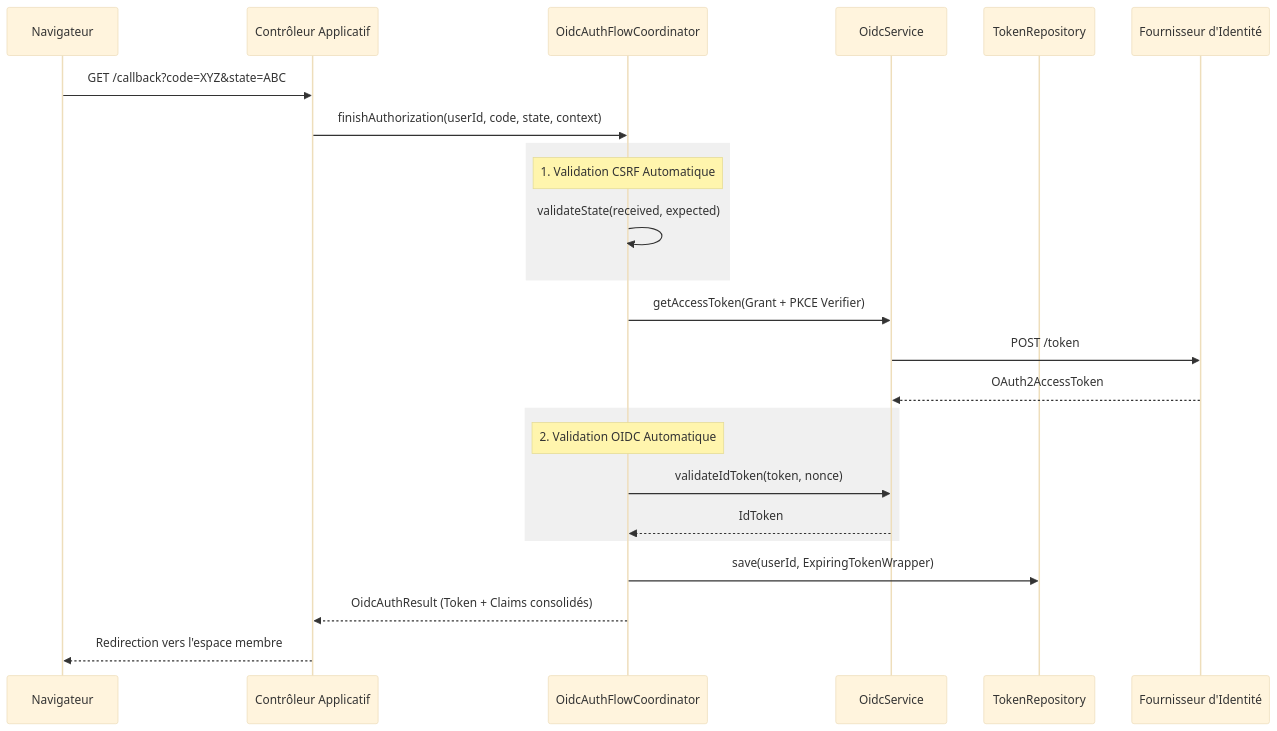
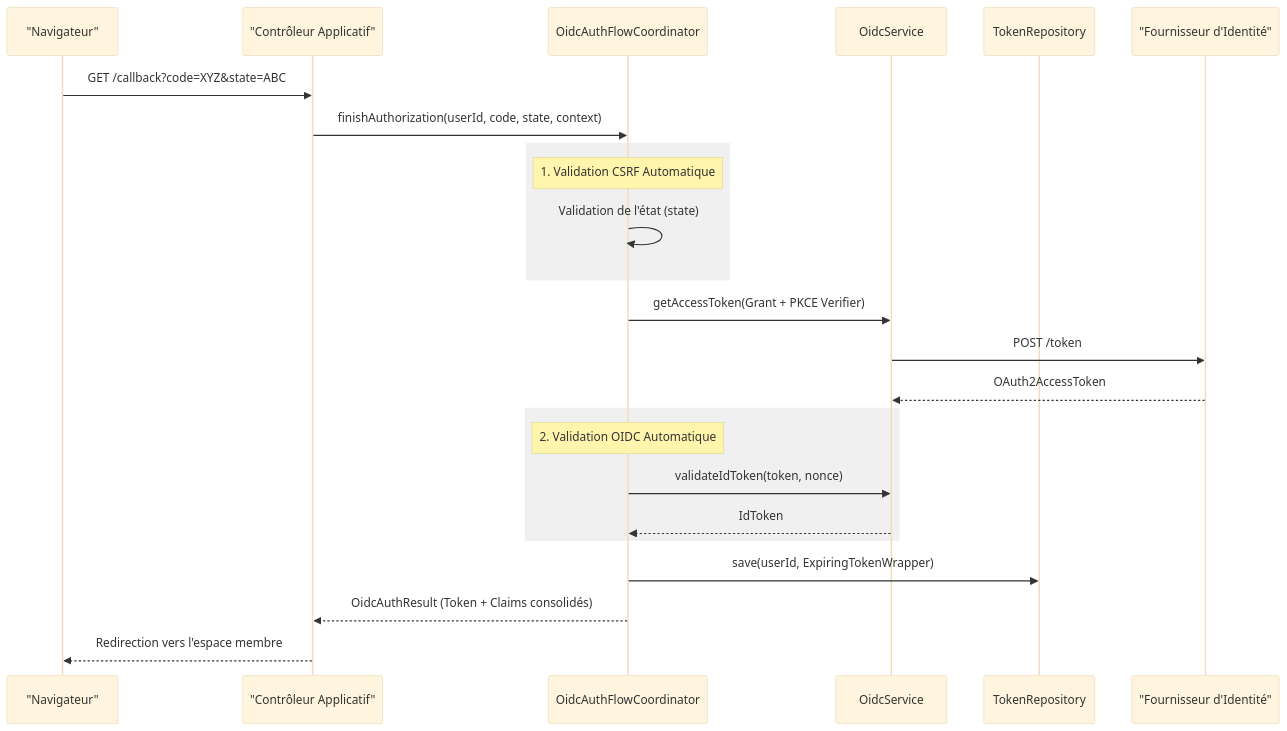
Before and after one commit to Q300Z/scribejava: the fourth of 21 diagrams in docs/explanations/oauth2-flows.md, drawn with Mermaid (base theme). The commit also changed other lines of this file, not shown here.

Commit message:
docs(oidc): fix mermaid syntax and align architectural flows with codebase

````diff
--- a/docs/explanations/oauth2-flows.md
+++ b/docs/explanations/oauth2-flows.md
@@ -196,33 +196,33 @@
 ```mermaid
 
 sequenceDiagram
-    participant Browser as Navigateur
-    participant App as Contrôleur Applicatif
+    participant Browser as "Navigateur"
+    participant App as "Contrôleur Applicatif"
     participant Coord as OidcAuthFlowCoordinator
     participant Service as OidcService
     participant Repo as TokenRepository
-    participant IdP as Fournisseur d'Identité
+    participant IdP as "Fournisseur d'Identité"
 
     Browser->>App: GET /callback?code=XYZ&state=ABC
     App->>Coord: finishAuthorization(userId, code, state, context)
 
     rect rgb(240, 240, 240)
     Note over Coord: 1. Validation CSRF Automatique
-    Coord->>Coord: validateState(received, expected)
+    Coord->>Coord: Validation de l'état (state)
     end
 
     Coord->>Service: getAccessToken(Grant + PKCE Verifier)
     Service->>IdP: POST /token
     IdP-->>Service: OAuth2AccessToken
 
     rect rgb(240, 240, 240)
     Note over Coord: 2. Validation OIDC Automatique
     Coord->>Service: validateIdToken(token, nonce)
     Service-->>Coord: IdToken
     end
 
     Coord->>Repo: save(userId, ExpiringTokenWrapper)
     Coord-->>App: OidcAuthResult (Token + Claims consolidés)
     App-->>Browser: Redirection vers l'espace membre
 
 ```
````
